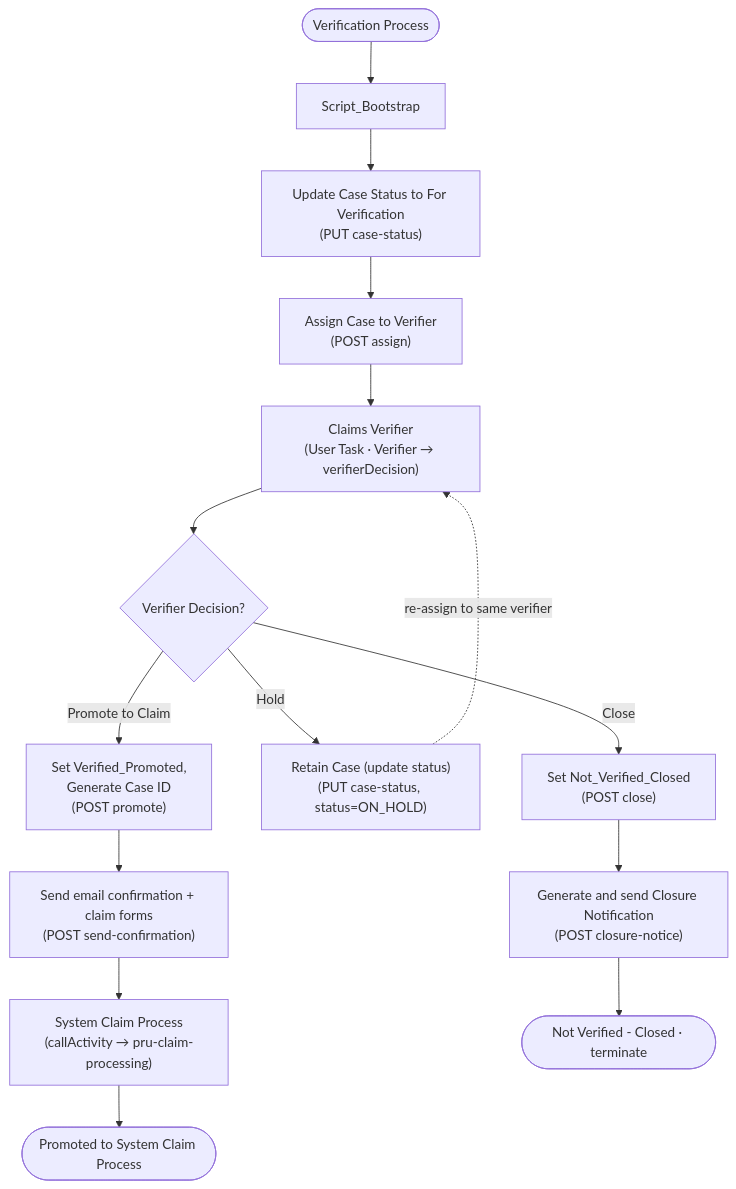
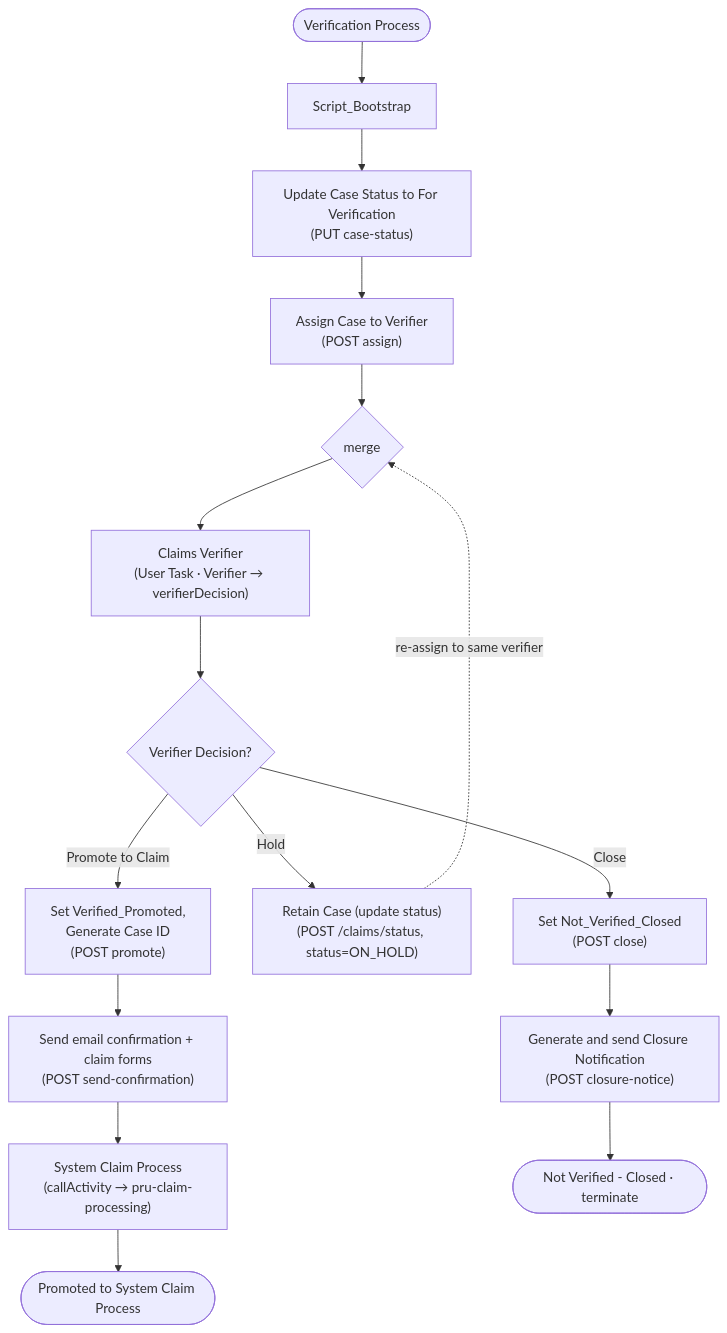
Before and after one commit to Avinashkumar8694/prudential-claims-bpm: the second of 2 diagrams in docs/pru_claim_verification_solution.md, drawn with Mermaid. The commit also changed other lines of this file and 1 other file, not shown here.

Commit message:
fix: node issues

````diff
--- a/docs/pru_claim_verification_solution.md
+++ b/docs/pru_claim_verification_solution.md
@@ -95,20 +95,21 @@
 ```mermaid
 graph TD
     START([Verification Process]) --> BOOT[Script_Bootstrap]
     BOOT --> ST["Update Case Status to For Verification<br/>(PUT case-status)"]
     ST --> AS["Assign Case to Verifier<br/>(POST assign)"]
-    AS --> DC["Claims Verifier<br/>(User Task · Verifier → verifierDecision)"]
+    AS --> MG{merge}
+    MG --> DC["Claims Verifier<br/>(User Task · Verifier → verifierDecision)"]
     DC --> GW{Verifier Decision?}
 
     GW -- "Promote to Claim" --> PR["Set Verified_Promoted,<br/>Generate Case ID<br/>(POST promote)"]
     PR --> SC["Send email confirmation + claim forms<br/>(POST send-confirmation)"]
     SC --> SYS["System Claim Process<br/>(callActivity → pru-claim-processing)"]
     SYS --> EP([Promoted to System Claim Process])
 
-    GW -- "Hold" --> HO["Retain Case (update status)<br/>(PUT case-status, status=ON_HOLD)"]
-    HO -. "re-assign to same verifier" .-> DC
+    GW -- "Hold" --> HO["Retain Case (update status)<br/>(POST /claims/status, status=ON_HOLD)"]
+    HO -. "re-assign to same verifier" .-> MG
 
     GW -- "Close" --> CL["Set Not_Verified_Closed<br/>(POST close)"]
     CL --> CN["Generate and send Closure Notification<br/>(POST closure-notice)"]
     CN --> EC([Not Verified - Closed · terminate])
 ```
````
